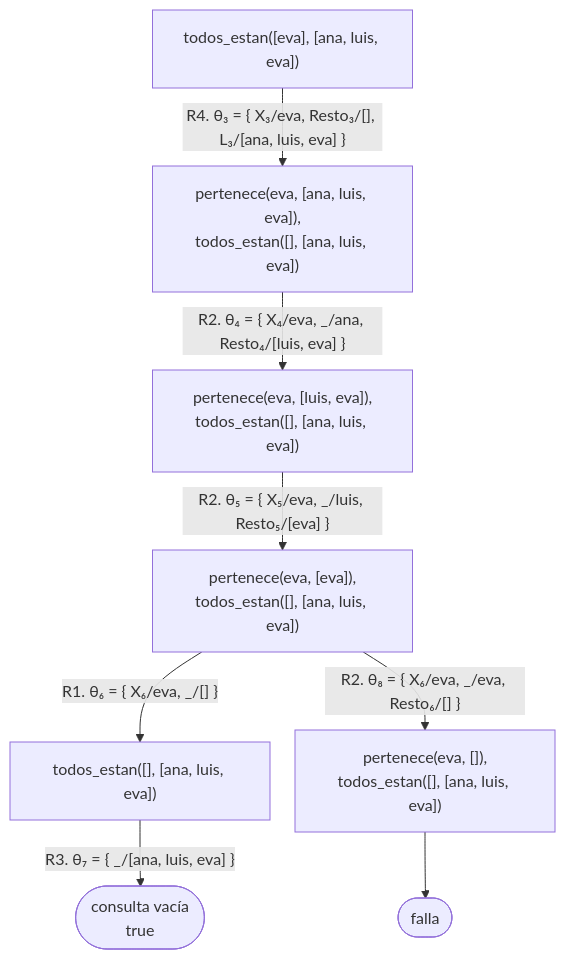
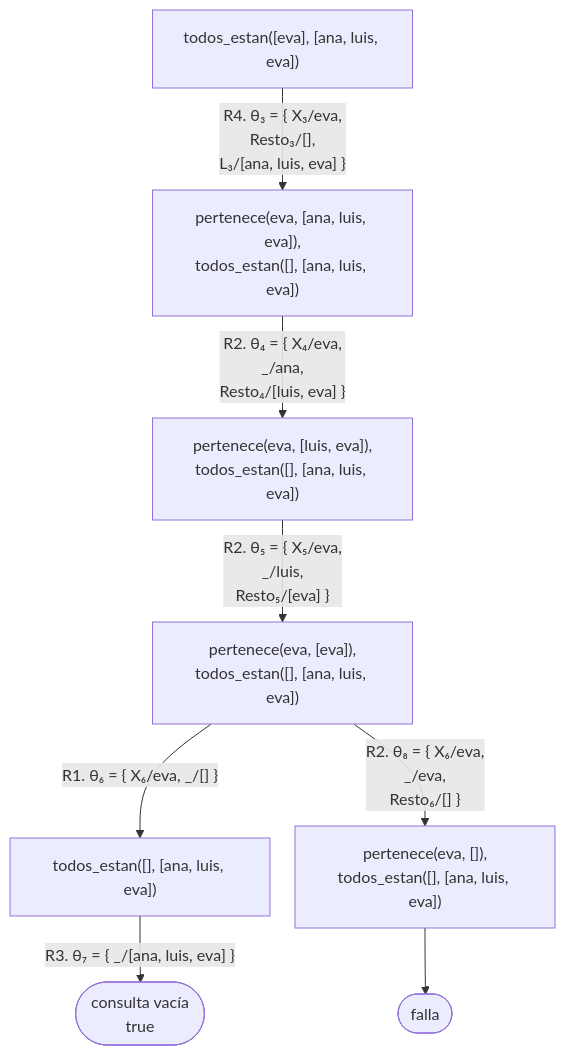
The fourth of 10 diagrams in docs/capitulo-07-listas/index.md (CesarBallardini/curso-de-prolog), drawn with Mermaid before and after one commit. The commit also changed other lines of this file and 24 other files, not shown here.

First line of the commit message:
feat(docs): botones para ocultar las columnas laterales y etiquetas cortas en los diagramas

````diff
--- a/docs/capitulo-07-listas/index.md
+++ b/docs/capitulo-07-listas/index.md
@@ -266,12 +266,12 @@
 ```mermaid
 %%{init: {"flowchart": {"rankSpacing": 30, "nodeSpacing": 25}}}%%
 flowchart TD
     C["todos_estan([eva], [ana, luis, eva])"]
-    C -- "R4. θ₃ = {&nbsp;X₃/eva, Resto₃/[], L₃/[ana, luis, eva]&nbsp;}" --> D["pertenece(eva, [ana, luis, eva]),<br/>todos_estan([], [ana, luis, eva])"]
-    D -- "R2. θ₄ = {&nbsp;X₄/eva, _/ana, Resto₄/[luis, eva]&nbsp;}" --> E["pertenece(eva, [luis, eva]),<br/>todos_estan([], [ana, luis, eva])"]
-    E -- "R2. θ₅ = {&nbsp;X₅/eva, _/luis, Resto₅/[eva]&nbsp;}" --> F["pertenece(eva, [eva]),<br/>todos_estan([], [ana, luis, eva])"]
+    C -- "R4. θ₃ = {&nbsp;X₃/eva,<br/>Resto₃/[],<br/>L₃/[ana, luis, eva]&nbsp;}" --> D["pertenece(eva, [ana, luis, eva]),<br/>todos_estan([], [ana, luis, eva])"]
+    D -- "R2. θ₄ = {&nbsp;X₄/eva,<br/>_/ana,<br/>Resto₄/[luis, eva]&nbsp;}" --> E["pertenece(eva, [luis, eva]),<br/>todos_estan([], [ana, luis, eva])"]
+    E -- "R2. θ₅ = {&nbsp;X₅/eva,<br/>_/luis,<br/>Resto₅/[eva]&nbsp;}" --> F["pertenece(eva, [eva]),<br/>todos_estan([], [ana, luis, eva])"]
     F -- "R1. θ₆ = {&nbsp;X₆/eva, _/[]&nbsp;}" --> G["todos_estan([], [ana, luis, eva])"]
-    F -- "R2. θ₈ = {&nbsp;X₆/eva, _/eva, Resto₆/[]&nbsp;}" --> H["pertenece(eva, []),<br/>todos_estan([], [ana, luis, eva])"]
+    F -- "R2. θ₈ = {&nbsp;X₆/eva,<br/>_/eva,<br/>Resto₆/[]&nbsp;}" --> H["pertenece(eva, []),<br/>todos_estan([], [ana, luis, eva])"]
     G -- "R3. θ₇ = {&nbsp;_/[ana, luis, eva]&nbsp;}" --> S(["consulta vacía<br/>true"])
     H --> F1(["falla"])
 ```
````
